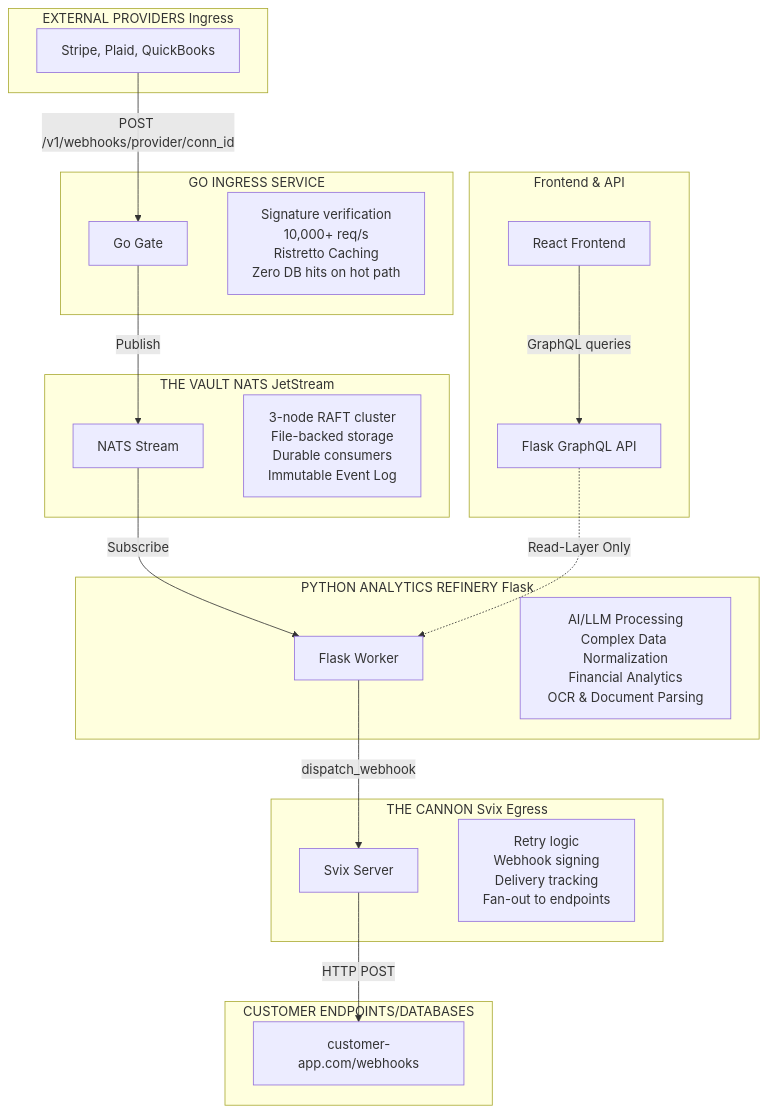
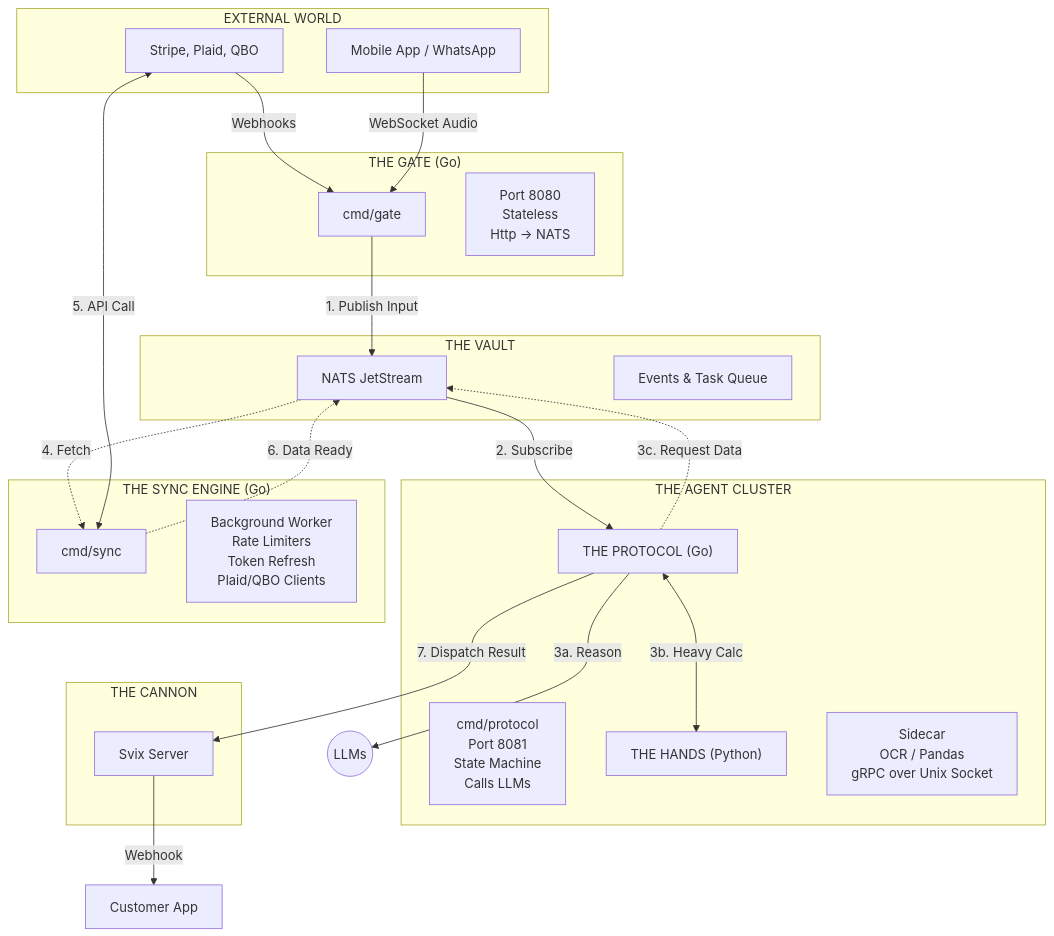
The diagram in README.md (Yankzy/usetoro), drawn with Mermaid before and after one commit. The commit also changed other lines of this file and 34 other files, not shown here.

````diff
--- a/README.md
+++ b/README.md
@@ -22,44 +22,54 @@
 ```mermaid
-graph TD
-    subgraph External[EXTERNAL PROVIDERS Ingress]
-        Providers["Stripe, Plaid, QuickBooks"]
+  graph TD
+    subgraph External ["EXTERNAL WORLD"]
+        Providers["Stripe, Plaid, QBO"]
+        Users["Mobile App / WhatsApp"]
     end
 
-    subgraph Ingress[GO INGRESS SERVICE]
-        GoGate[Go Gate]
-        note1["Signature verification<br/>10,000+ req/s<br/>Ristretto Caching<br/>Zero DB hits on hot path"]
+    subgraph Ingress ["THE GATE (Go)"]
+        GoGate["cmd/gate"]
+        note1["Port 8080<br/>Stateless<br/>Http -> NATS"]
     end
 
-    subgraph Vault[THE VAULT NATS JetStream]
-        NATS[NATS Stream]
-        note2["3-node RAFT cluster<br/>File-backed storage<br/>Durable consumers<br/>Immutable Event Log"]
+    subgraph Vault ["THE VAULT"]
+        NATS["NATS JetStream"]
+        note2["Events & Task Queue"]
     end
 
-    subgraph Refinery[PYTHON ANALYTICS REFINERY Flask]
-        Flask[Flask Worker]
-        note3["AI/LLM Processing<br/>Complex Data Normalization<br/>Financial Analytics<br/>OCR & Document Parsing"]
+    subgraph Intelligence ["THE AGENT CLUSTER"]
+        GoBrain["THE PROTOCOL (Go)"]
+        note3["cmd/protocol<br/>Port 8081<br/>State Machine<br/>Calls LLMs"]
+        
+        PythonWorker["THE HANDS (Python)"]
+        note4["Sidecar<br/>OCR / Pandas<br/>gRPC over Unix Socket"]
     end
 
-    subgraph Egress[THE CANNON Svix Egress]
-        Svix[Svix Server]
-        note4["Retry logic<br/>Webhook signing<br/>Delivery tracking<br/>Fan-out to endpoints"]
+    subgraph Connectors ["THE SYNC ENGINE (Go)"]
+        GoSync["cmd/sync"]
+        note5["Background Worker<br/>Rate Limiters<br/>Token Refresh<br/>Plaid/QBO Clients"]
     end
 
-    subgraph Customers[CUSTOMER ENDPOINTS/DATABASES]
-        CustomerApp[customer-app.com/webhooks]
-    end
-    
-    subgraph Frontend[Frontend & API]
-        React[React Frontend]
-        FlaskAPI[Flask GraphQL API]
+    subgraph Egress ["THE CANNON"]
+        Svix["Svix Server"]
     end
 
-    Providers -->|POST /v1/webhooks/provider/conn_id| GoGate
-    GoGate -->|Publish| NATS
-    NATS -->|Subscribe| Flask
-    Flask -->|dispatch_webhook| Svix
-    Svix -->|HTTP POST| CustomerApp
+    %% Flow
+    Providers -->|Webhooks| GoGate
+    Users -->|WebSocket Audio| GoGate
     
-    React -->|GraphQL queries| FlaskAPI
-    FlaskAPI -.->|Read-Layer Only| Flask
-```
+    GoGate -->|1. Publish Input| NATS
+    
+    NATS -->|2. Subscribe| GoBrain
+    
+    GoBrain -->|3a. Reason| LLM(("LLMs"))
+    GoBrain <-->|3b. Heavy Calc| PythonWorker
+    
+    %% The New Path
+    GoBrain -.->|3c. Request Data| NATS
+    NATS -.->|4. Fetch| GoSync
+    GoSync <-->|5. API Call| Providers
+    GoSync -.->|6. Data Ready| NATS
+    
+    GoBrain -->|7. Dispatch Result| Svix
+    Svix -->|Webhook| CustomerApp["Customer App"]
+  ```
````
